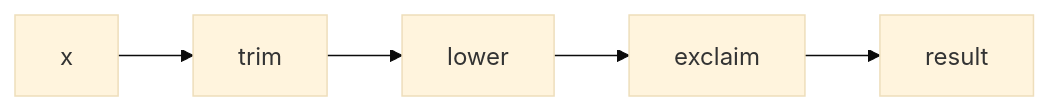
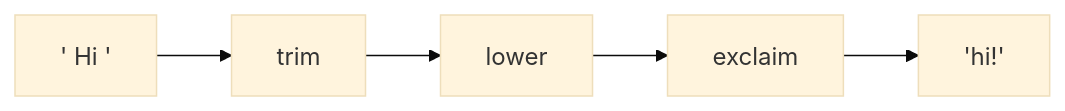
Before and after one commit to prajjwaljogdand/FullstackPreparation: the fourth of 5 diagrams in docs/javascript/09-functions.md, drawn with Mermaid (base theme). The commit also changed other lines of this file and 91 other files, not shown here.

````diff
--- a/docs/javascript/09-functions.md
+++ b/docs/javascript/09-functions.md
@@ -179,4 +407,4 @@
 ```mermaid
 flowchart LR
-  X["x"] --> T["trim"] --> L["lower"] --> E["exclaim"] --> R["result"]
+  X["'  Hi '"] --> trim --> lower --> exclaim --> Y["'hi!'"]
 ```
````
